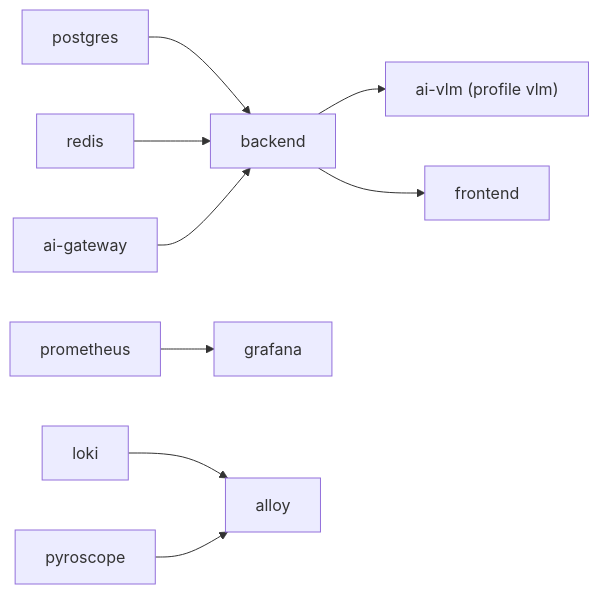
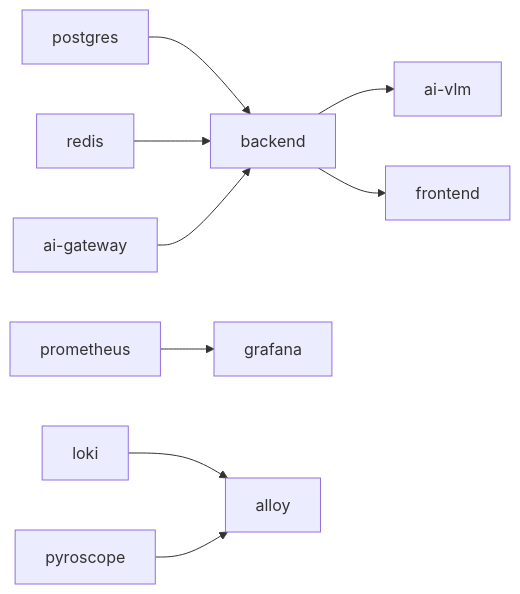
One commit to mikesvoboda/nemotron-v3-home-security-intelligence changed the second of 2 diagrams in docs/architecture/system-overview/deployment-topology.md. Above: the diagram before and after it, drawn with Mermaid. The commit also changed other lines of this file and 56 other files, not shown here.

````diff
--- a/docs/architecture/system-overview/deployment-topology.md
+++ b/docs/architecture/system-overview/deployment-topology.md
@@ -302,11 +303,11 @@
 ```mermaid
 flowchart LR
     PG["postgres"] --> BE["backend"]
     RD["redis"] --> BE
     GW["ai-gateway"] --> BE
-    BE --> VLM["ai-vlm (profile vlm)"]
+    BE --> VLM["ai-vlm"]
     BE --> FE["frontend"]
     PROM["prometheus"] --> GRAF["grafana"]
     LOKI["loki"] --> ALLOY["alloy"]
     PYRO["pyroscope"] --> ALLOY
 ```
````
